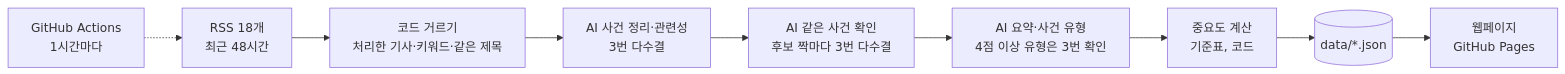
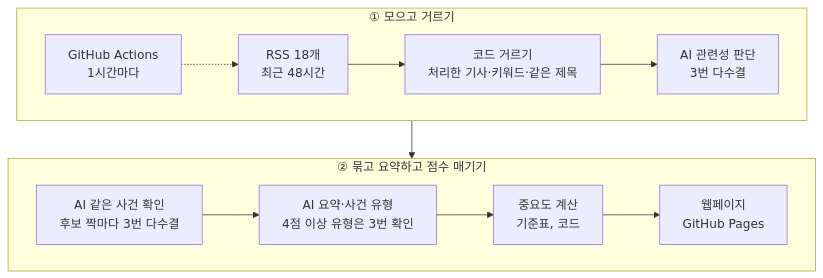
The diagram in README.md (smyz1203/semicon-news-agent), drawn with Mermaid before and after one commit. The commit also changed other lines of this file, not shown here.

````diff
--- a/README.md
+++ b/README.md
@@ -24,11 +31,12 @@
 ```mermaid
-flowchart LR
-    G[GitHub Actions<br/>1시간마다] -.-> A
-    A[RSS 18개<br/>최근 48시간] --> B[코드 거르기<br/>처리한 기사·키워드·같은 제목]
-    B --> C[AI 사건 정리·관련성<br/>3번 다수결]
-    C --> D[AI 같은 사건 확인<br/>후보 짝마다 3번 다수결]
-    D --> E[AI 요약·사건 유형<br/>4점 이상 유형은 3번 확인]
-    E --> S[중요도 계산<br/>기준표, 코드]
-    S --> F[(data/*.json)]
-    F --> P[웹페이지<br/>GitHub Pages]
+flowchart TB
+    subgraph S1 ["① 모으고 거르기"]
+        direction LR
+        G[GitHub Actions<br/>1시간마다] -.-> A[RSS 18개<br/>최근 48시간] --> B[코드 거르기<br/>처리한 기사·키워드·같은 제목] --> C[AI 관련성 판단<br/>3번 다수결]
+    end
+    subgraph S2 ["② 묶고 요약하고 점수 매기기"]
+        direction LR
+        D[AI 같은 사건 확인<br/>후보 짝마다 3번 다수결] --> E[AI 요약·사건 유형<br/>4점 이상 유형은 3번 확인] --> F[중요도 계산<br/>기준표, 코드] --> P[웹페이지<br/>GitHub Pages]
+    end
+    S1 --> S2
 ```
````
